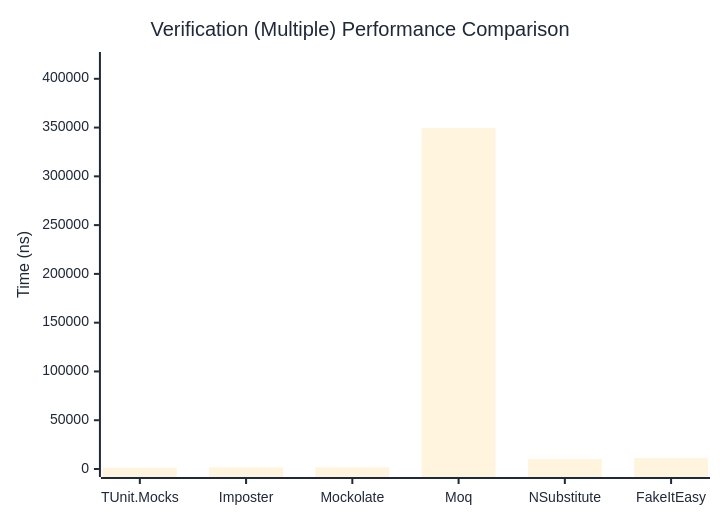
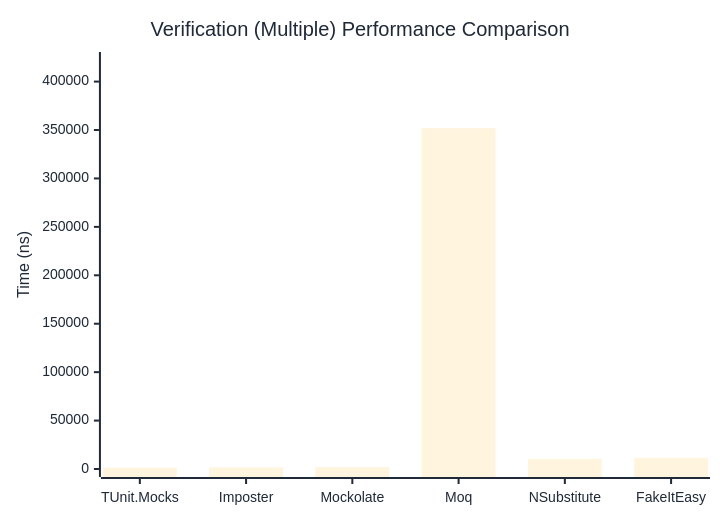
One commit to thomhurst/TUnit changed the third of 3 diagrams in docs/docs/benchmarks/mocks/Verification.md. Above: the diagram before and after it, drawn with Mermaid. The commit also changed other lines of this file and 14 other files, not shown here.

````diff
--- a/docs/docs/benchmarks/mocks/Verification.md
+++ b/docs/docs/benchmarks/mocks/Verification.md
@@ -110,27 +110,27 @@
 ```mermaid
 %%{init: {
   'theme':'base',
   'themeVariables': {
     'primaryColor': '#2563eb',
     'primaryTextColor': '#1f2937',
     'primaryBorderColor': '#1e40af',
     'lineColor': '#6b7280',
     'secondaryColor': '#7c3aed',
     'tertiaryColor': '#dc2626',
     'background': '#ffffff',
     'pie1': '#2563eb',
     'pie2': '#7c3aed',
     'pie3': '#dc2626',
     'pie4': '#f59e0b',
     'pie5': '#10b981',
     'pie6': '#06b6d4',
     'pie7': '#ec4899',
     'pie8': '#6366f1'
   }
 }}%%
 xychart-beta
   title "Verification (Multiple) Performance Comparison"
   x-axis ["TUnit.Mocks", "Imposter", "Mockolate", "Moq", "NSubstitute", "FakeItEasy"]
-  y-axis "Time (ns)" 0 --> 419259
-  bar [1307.87, 1706.48, 1811.76, 349382.07, 10305.09, 11329.26]
+  y-axis "Time (ns)" 0 --> 422293
+  bar [1335.01, 1704.49, 1902.74, 351910.14, 10480.47, 11610.13]
 ```
````
